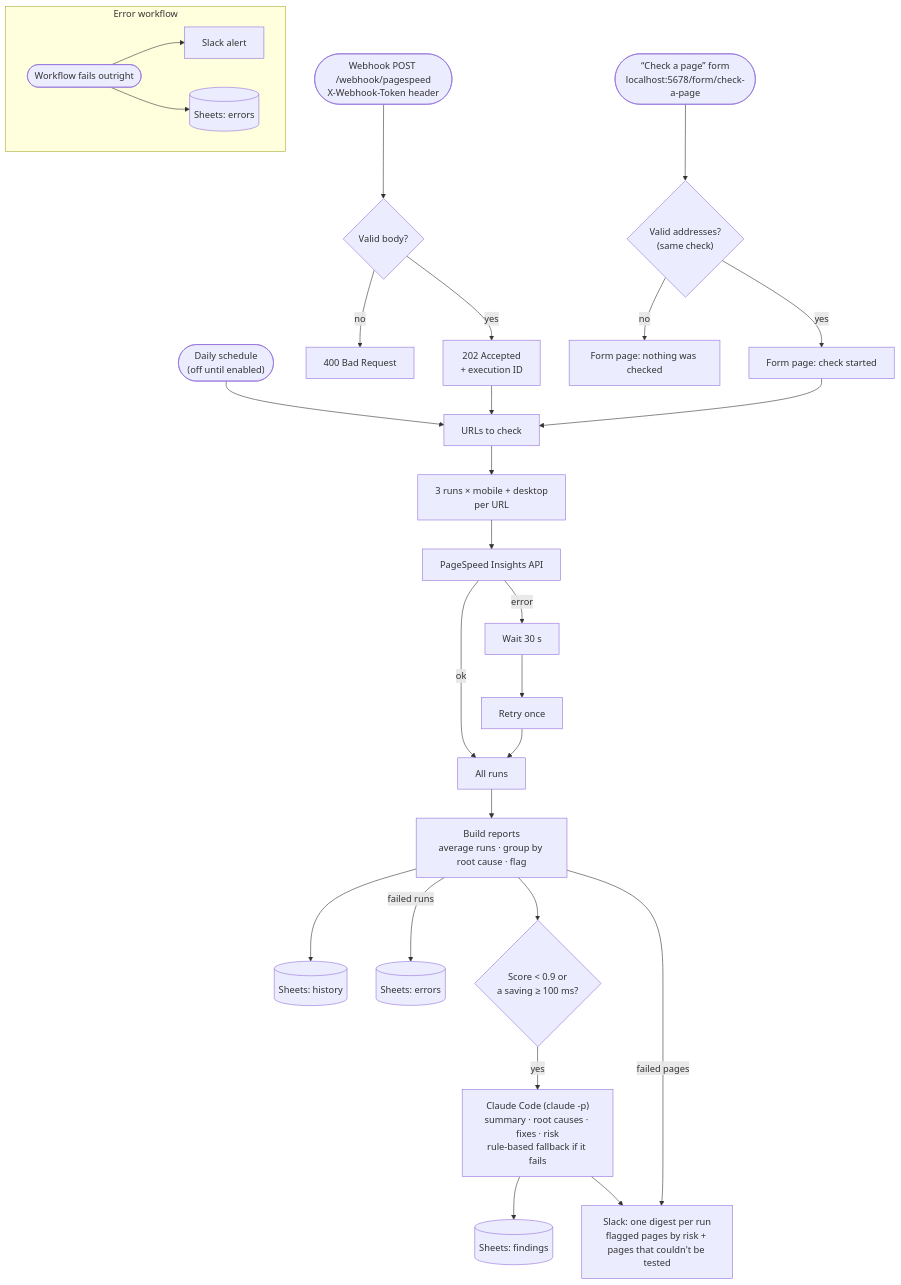
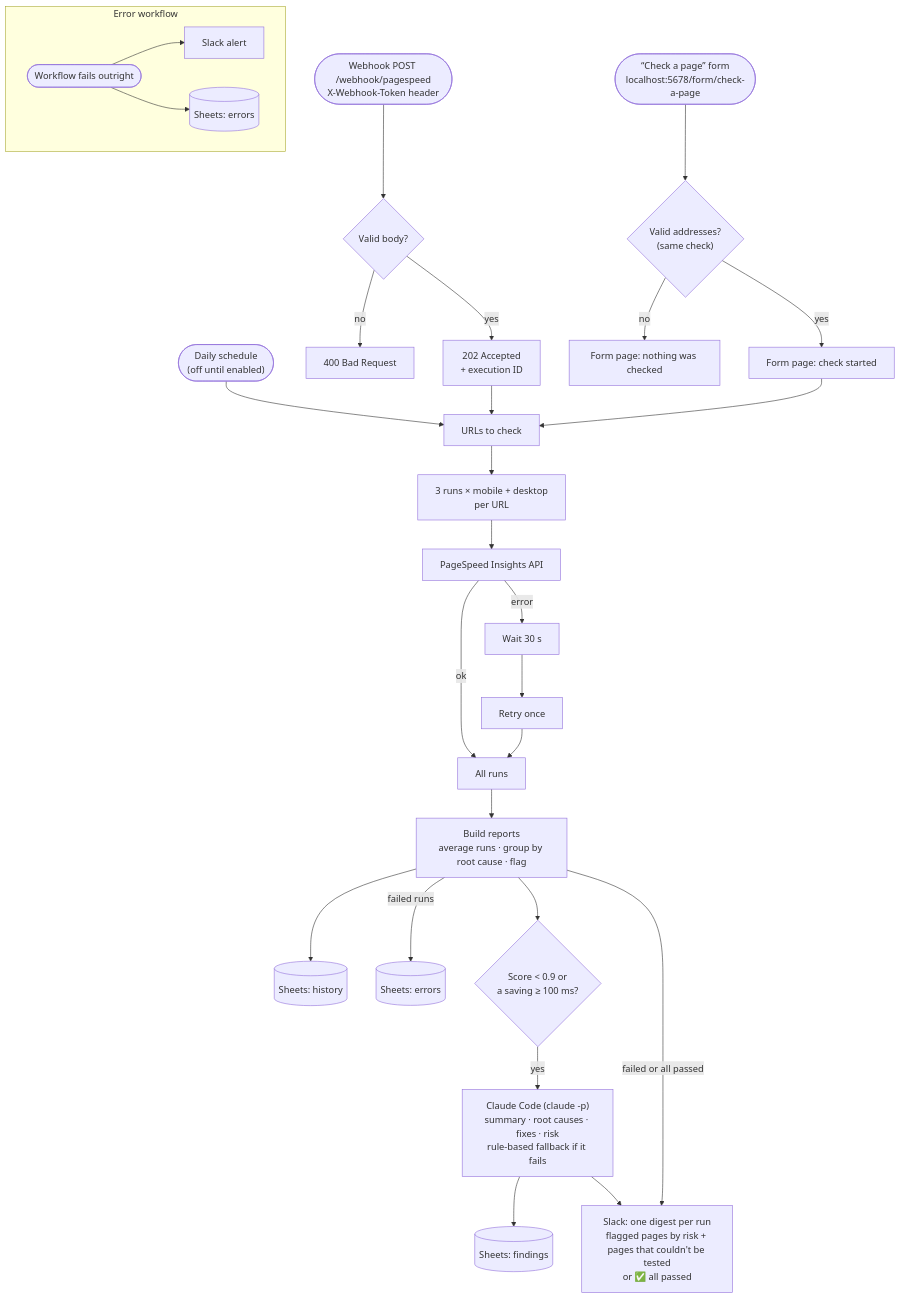
The diagram in README.md (dexterloor/pagespeed-monitor), drawn with Mermaid before and after one commit. The commit also changed other lines of this file and 3 other files, not shown here.

````diff
--- a/README.md
+++ b/README.md
@@ -20,30 +29,30 @@
 ```mermaid
 flowchart TD
     sched(["Daily schedule<br/>(off until enabled)"]) --> urls
     hook(["Webhook POST /webhook/pagespeed<br/>X-Webhook-Token header"]) --> check{"Valid body?"}
     check -- no --> r400["400 Bad Request"]
     check -- yes --> r202["202 Accepted<br/>+ execution ID"]
     r202 --> urls["URLs to check"]
     form(["“Check a page” form<br/>localhost:5678/form/check-a-page"]) --> fcheck{"Valid addresses?<br/>(same check)"}
     fcheck -- no --> fno["Form page: nothing was checked"]
     fcheck -- yes --> fok["Form page: check started"]
     fok --> urls
     urls --> fan["3 runs × mobile + desktop<br/>per URL"]
     fan --> psi["PageSpeed Insights API"]
     psi -- error --> wait["Wait 30 s"] --> retry["Retry once"]
     psi -- ok --> runs["All runs"]
     retry --> runs
     runs --> build["Build reports<br/>average runs · group by root cause · flag"]
     build --> hist[("Sheets: history")]
     build -- failed runs --> errs[("Sheets: errors")]
     build --> flag{"Score &lt; 0.9 or<br/>a saving ≥ 100 ms?"}
     flag -- yes --> claude["Claude Code (claude -p)<br/>summary · root causes · fixes · risk<br/>rule-based fallback if it fails"]
     claude --> find[("Sheets: findings")]
-    claude --> digest["Slack: one digest per run<br/>flagged pages by risk + pages that couldn't be tested"]
-    build -- failed pages --> digest
+    claude --> digest["Slack: one digest per run<br/>flagged pages by risk + pages that couldn't be tested<br/>or ✅ all passed"]
+    build -- failed or all passed --> digest
 
     subgraph errwf ["Error workflow"]
         fail(["Workflow fails outright"]) --> ealert["Slack alert"]
         fail --> erow[("Sheets: errors")]
     end
 ```
````
